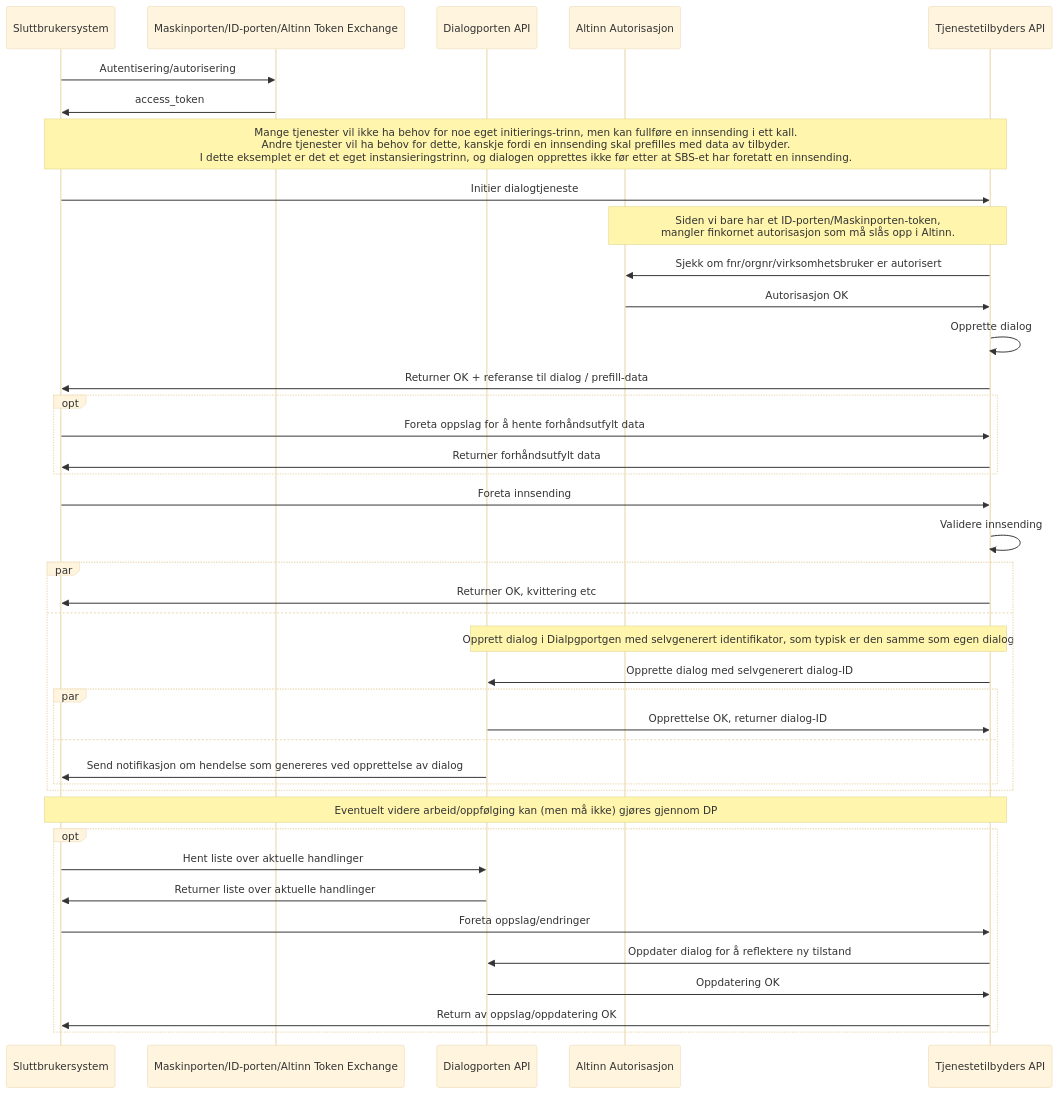
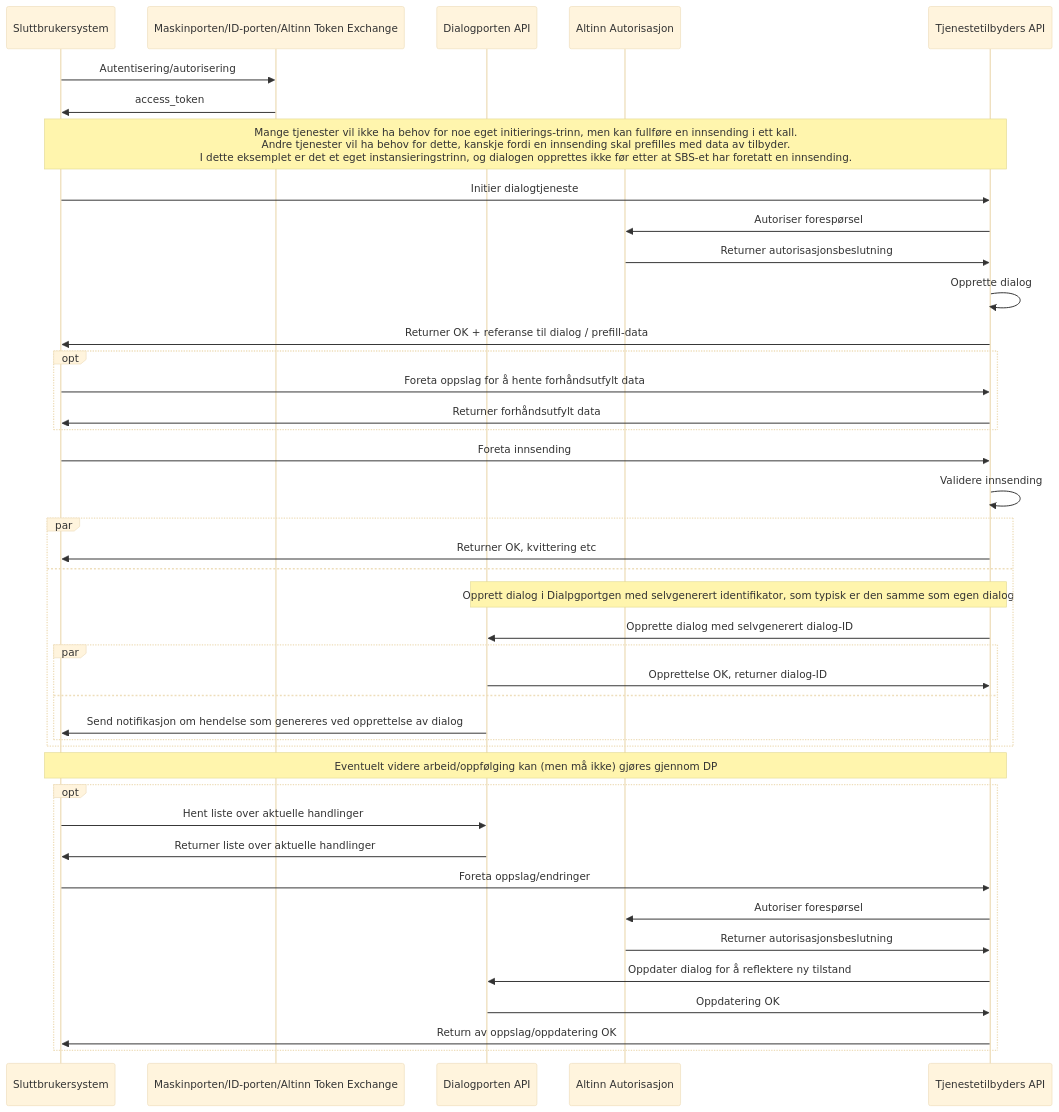
Before and after one commit to elsand/elsand.github.io: the eighth of 8 diagrams in dialogporten.md, drawn with Mermaid (base theme). The commit also changed other lines of this file and 11 other files, not shown here.

````diff
--- a/dialogporten.md
+++ b/dialogporten.md
@@ -506,49 +553,49 @@
 ```mermaid!
 sequenceDiagram
     participant SBS as Sluttbrukersystem
     participant EID as Maskinporten/ID-porten/Altinn Token Exchange
     participant API as Dialogporten API
     participant AA as Altinn Autorisasjon
     participant TEAPI as Tjenestetilbyders API
 SBS->>EID: Autentisering/autorisering
 EID->>SBS: access_token
 note over SBS,TEAPI: Mange tjenester vil ikke ha behov for noe eget initierings-trinn, men kan fullføre en innsending i ett kall.<br>Andre tjenester vil ha behov for dette, kanskje fordi en innsending skal prefilles med data av tilbyder.<br>I dette eksemplet er det et eget instansieringstrinn, og dialogen opprettes ikke før etter at SBS-et har foretatt en innsending.
 SBS->>TEAPI: Initier dialogtjeneste
-note over AA,TEAPI: Siden vi bare har et ID-porten/Maskinporten-token,<br>mangler finkornet autorisasjon som må slås opp i Altinn.
-TEAPI->>AA: Sjekk om fnr/orgnr/virksomhetsbruker er autorisert
-AA->>TEAPI: Autorisasjon OK
+TEAPI->>AA: Autoriser forespørsel
+AA->>TEAPI: Returner autorisasjonsbeslutning
 TEAPI->>TEAPI: Opprette dialog
 TEAPI->>SBS: Returner OK + referanse til dialog / prefill-data
 opt
     SBS->>TEAPI: Foreta oppslag for å hente forhåndsutfylt data
     TEAPI->>SBS: Returner forhåndsutfylt data
 end
 SBS->>TEAPI: Foreta innsending
 TEAPI->>TEAPI: Validere innsending
 par
     TEAPI->>SBS: Returner OK, kvittering etc
 and
     note over API,TEAPI: Opprett dialog i Dialpgportgen med selvgenerert identifikator, som typisk er den samme som egen dialog
     TEAPI->>API: Opprette dialog med selvgenerert dialog-ID
     par
         API->>TEAPI: Opprettelse OK, returner dialog-ID
     and
         API->>SBS: Send notifikasjon om hendelse som genereres ved opprettelse av dialog    
     end
 end
 
 note over SBS,TEAPI: Eventuelt videre arbeid/oppfølging kan (men må ikke) gjøres gjennom DP
 
 opt
     SBS->>API: Hent liste over aktuelle handlinger
     API->>SBS: Returner liste over aktuelle handlinger
 
     SBS->>TEAPI: Foreta oppslag/endringer
-
+    TEAPI->>AA: Autoriser forespørsel
+    AA->>TEAPI: Returner autorisasjonsbeslutning
     TEAPI->>API: Oppdater dialog for å reflektere ny tilstand
     API->>TEAPI: Oppdatering OK
 
     TEAPI->>SBS: Return av oppslag/oppdatering OK
 end
 
 ```
````
